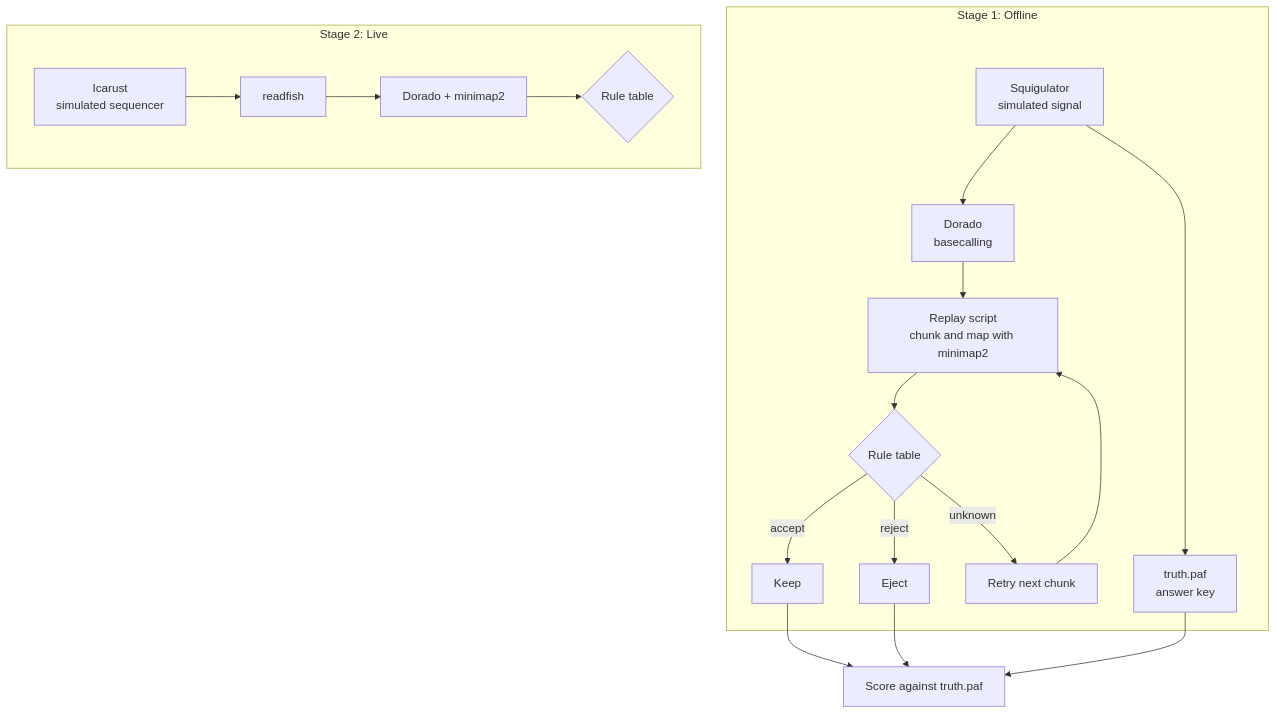
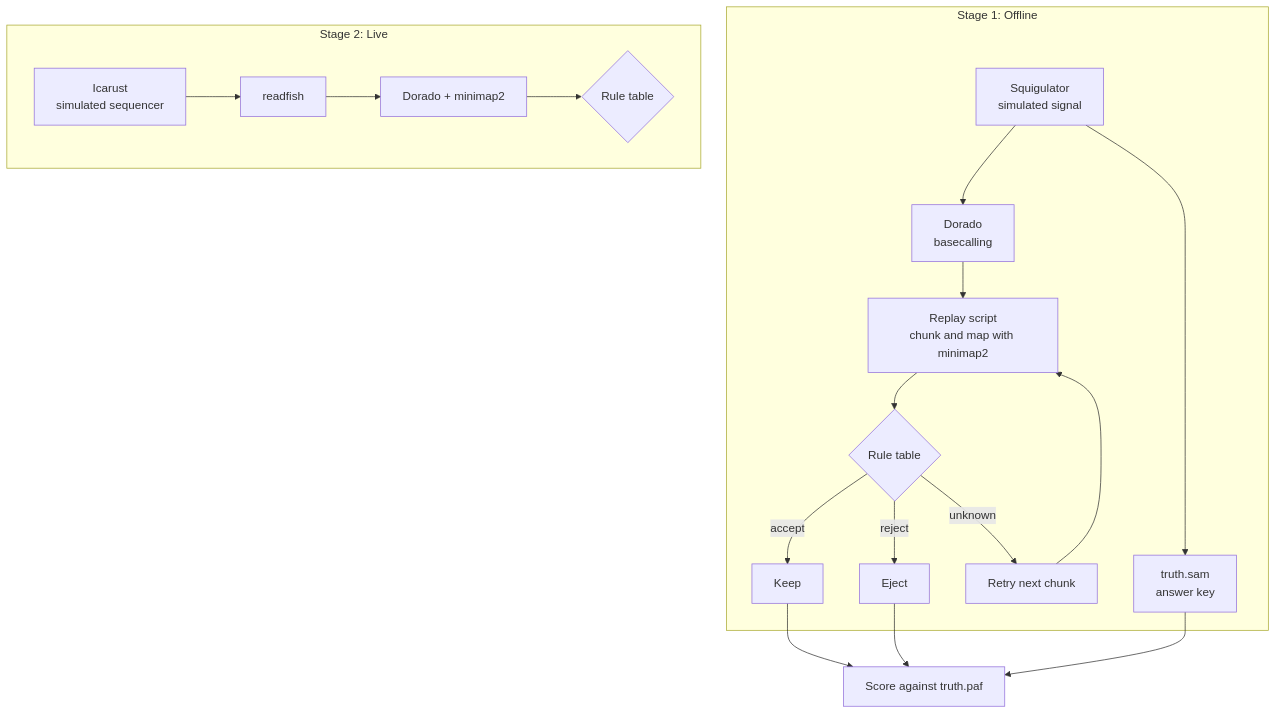
One commit to Dianamanz78/Nanopore-Sequencing-Project changed the diagram in README.md. Above: the diagram before and after it, drawn with Mermaid.

````diff
--- a/README.md
+++ b/README.md
@@ -22,21 +22,21 @@
 ```mermaid
 flowchart TD
     subgraph S1["Stage 1: Offline"]
         A[Squigulator<br/>simulated signal] --> B[Dorado<br/>basecalling]
-        A --> T[truth.paf<br/>answer key]
+        A --> T[truth.sam<br/>answer key]
         B --> C[Replay script<br/>chunk and map with minimap2]
         C --> D{Rule table}
         D -->|accept| E[Keep]
         D -->|reject| F[Eject]
         D -->|unknown| G[Retry next chunk]
         G --> C
     end
     subgraph S2["Stage 2: Live"]
         H[Icarust<br/>simulated sequencer] --> I[readfish]
         I --> J[Dorado + minimap2]
         J --> K{Rule table}
     end
     E --> Z[Score against truth.paf]
     F --> Z
     T --> Z
 ```
````
